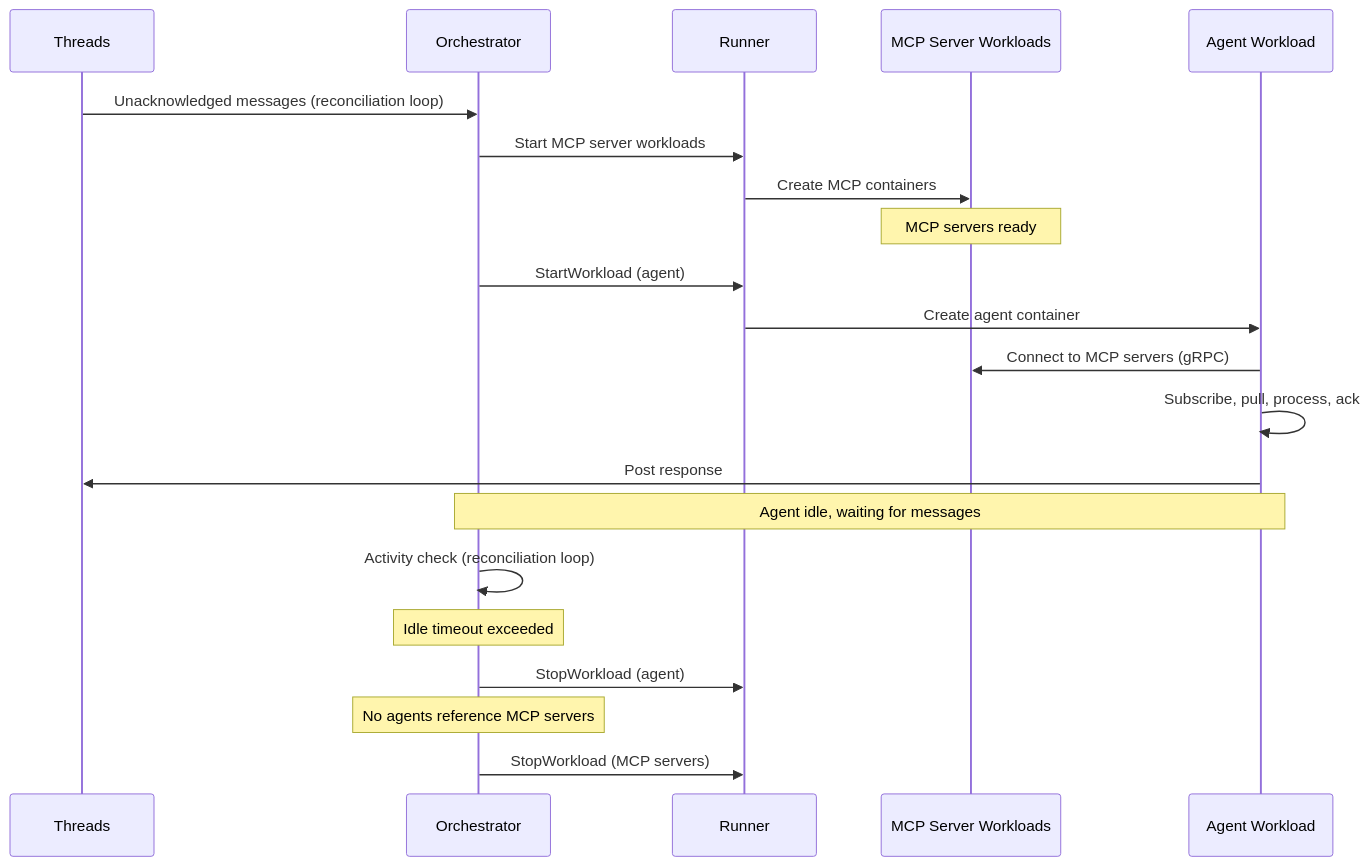
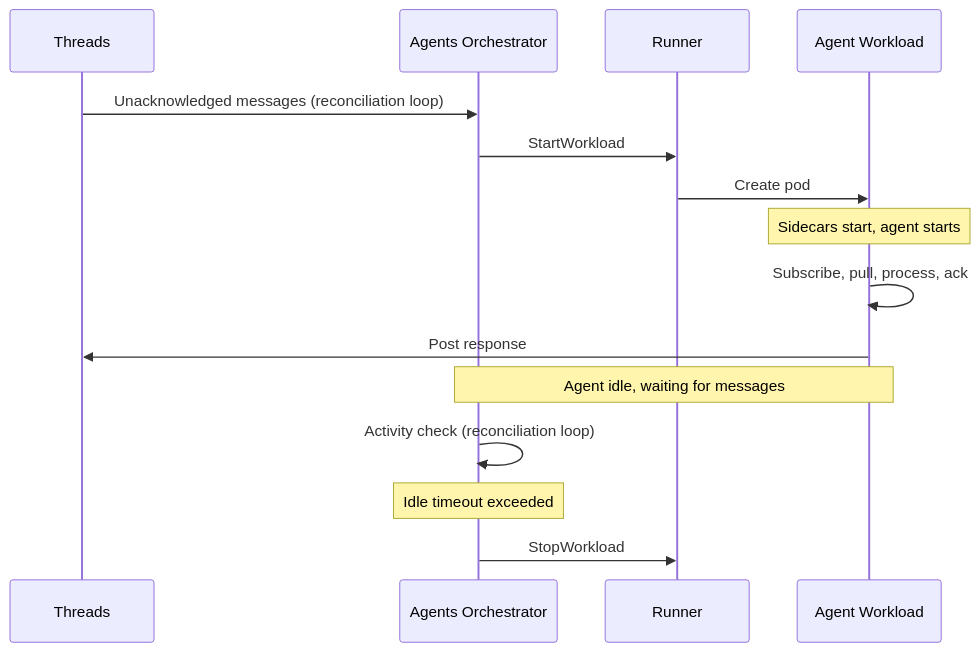
The fourth of 4 diagrams in architecture/agent/overview.md (agynio/architecture), drawn with Mermaid before and after one commit. The commit also changed other lines of this file and 11 other files, not shown here.

First line of the commit message:
MCP servers as sidecars, identity scoped to agentId+threadId (#35)

````diff
--- a/architecture/agent/overview.md
+++ b/architecture/agent/overview.md
@@ -154,25 +149,19 @@
 ```mermaid
 sequenceDiagram
     participant T as Threads
-    participant O as Orchestrator
+    participant O as Agents Orchestrator
     participant R as Runner
-    participant M as MCP Server Workloads
     participant A as Agent Workload
 
     T->>O: Unacknowledged messages (reconciliation loop)
-    O->>R: Start MCP server workloads
-    R->>M: Create MCP containers
-    Note over M: MCP servers ready
-    O->>R: StartWorkload (agent)
-    R->>A: Create agent container
-    A->>M: Connect to MCP servers (gRPC)
+    O->>R: StartWorkload
+    R->>A: Create pod
+    Note over A: Sidecars start, agent starts
     A->>A: Subscribe, pull, process, ack
     A->>T: Post response
 
     Note over A,O: Agent idle, waiting for messages
     O->>O: Activity check (reconciliation loop)
     Note over O: Idle timeout exceeded
-    O->>R: StopWorkload (agent)
-    Note over O: No agents reference MCP servers
-    O->>R: StopWorkload (MCP servers)
+    O->>R: StopWorkload
 ```
````
